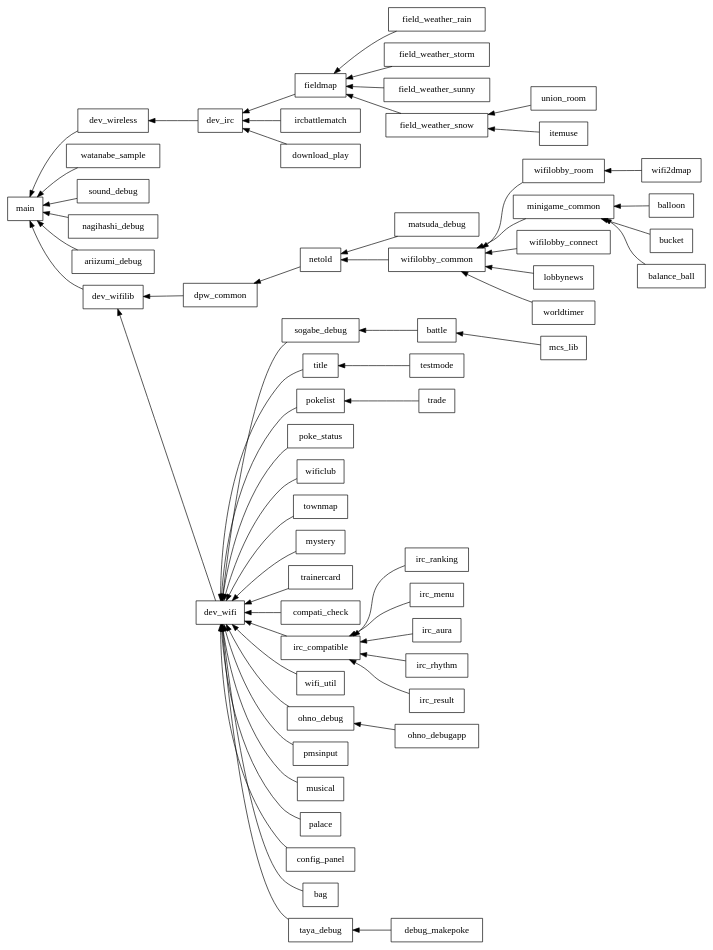
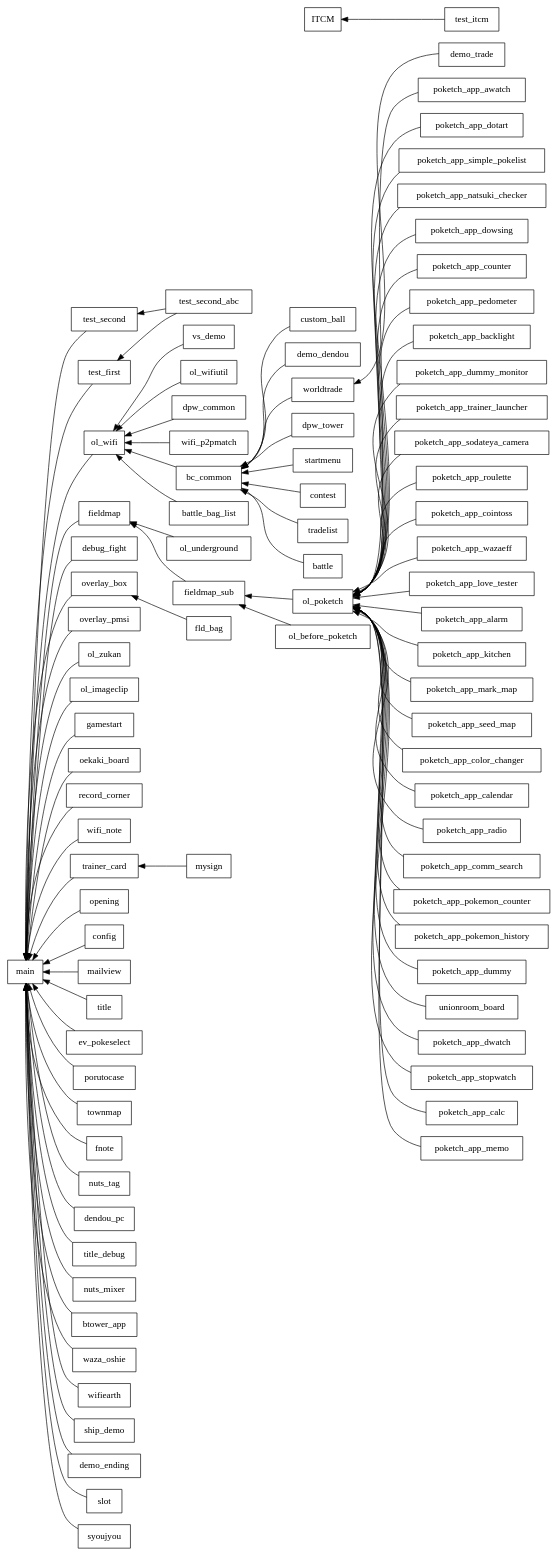
The diagram in tools/analyze/overlaymap/overlaymap.dot (e-minence/black_white), drawn with Graphviz before and after one commit. The commit also changed 14 other files, not shown here.

```diff
--- a/tools/analyze/overlaymap/overlaymap.dot
+++ b/tools/analyze/overlaymap/overlaymap.dot
@@ -1,64 +1,93 @@
 
 digraph G {
 	graph [rankdir = RL];
 	node [shape = box];
-	dev_wifilib->main;
-	dev_wireless->main;
-	watanabe_sample->main;
-	sound_debug->main;
-	nagihashi_debug->main;
-	ariizumi_debug->main;
-	dpw_common->dev_wifilib;
-	dev_wifi->dev_wifilib;
-	dev_irc->dev_wireless;
-	fieldmap->dev_irc;
-	ircbattlematch->dev_irc;
-	download_play->dev_irc;
-	field_weather_rain->fieldmap;
-	field_weather_storm->fieldmap;
-	field_weather_sunny->fieldmap;
-	field_weather_snow->fieldmap;
-	union_room->field_weather_snow;
-	itemuse->field_weather_snow;
-	netold->dpw_common;
-	sogabe_debug->dev_wifi;
-	title->dev_wifi;
-	pokelist->dev_wifi;
-	poke_status->dev_wifi;
-	wificlub->dev_wifi;
-	townmap->dev_wifi;
-	mystery->dev_wifi;
-	trainercard->dev_wifi;
-	compati_check->dev_wifi;
-	irc_compatible->dev_wifi;
-	wifi_util->dev_wifi;
-	ohno_debug->dev_wifi;
-	pmsinput->dev_wifi;
-	musical->dev_wifi;
-	palace->dev_wifi;
-	config_panel->dev_wifi;
-	bag->dev_wifi;
-	taya_debug->dev_wifi;
-	matsuda_debug->netold;
-	wifilobby_common->netold;
-	battle->sogabe_debug;
-	testmode->title;
-	trade->pokelist;
-	irc_ranking->irc_compatible;
-	irc_menu->irc_compatible;
-	irc_aura->irc_compatible;
-	irc_rhythm->irc_compatible;
-	irc_result->irc_compatible;
-	ohno_debugapp->ohno_debug;
-	debug_makepoke->taya_debug;
-	mcs_lib->battle;
-	wifilobby_room->wifilobby_common;
-	minigame_common->wifilobby_common;
-	wifilobby_connect->wifilobby_common;
-	lobbynews->wifilobby_common;
-	worldtimer->wifilobby_common;
-	wifi2dmap->wifilobby_room;
-	balloon->minigame_common;
-	bucket->minigame_common;
-	balance_ball->minigame_common;
+	test_second->main;
+	test_first->main;
+	ol_wifi->main;
+	fieldmap->main;
+	debug_fight->main;
+	overlay_box->main;
+	overlay_pmsi->main;
+	ol_zukan->main;
+	ol_imageclip->main;
+	gamestart->main;
+	oekaki_board->main;
+	record_corner->main;
+	wifi_note->main;
+	trainer_card->main;
+	opening->main;
+	config->main;
+	mailview->main;
+	title->main;
+	ev_pokeselect->main;
+	porutocase->main;
+	townmap->main;
+	fnote->main;
+	nuts_tag->main;
+	dendou_pc->main;
+	title_debug->main;
+	nuts_mixer->main;
+	btower_app->main;
+	waza_oshie->main;
+	wifiearth->main;
+	ship_demo->main;
+	demo_ending->main;
+	slot->main;
+	syoujyou->main;
+	test_itcm->ITCM;
+	test_second_abc->test_second;
+	test_second_abc->test_first;
+	vs_demo->ol_wifi;
+	ol_wifiutil->ol_wifi;
+	dpw_common->ol_wifi;
+	wifi_p2pmatch->ol_wifi;
+	bc_common->ol_wifi;
+	battle_bag_list->ol_wifi;
+	ol_underground->fieldmap;
+	fieldmap_sub->fieldmap;
+	fld_bag->overlay_box;
+	mysign->trainer_card;
+	custom_ball->bc_common;
+	demo_dendou->bc_common;
+	worldtrade->bc_common;
+	dpw_tower->bc_common;
+	startmenu->bc_common;
+	contest->bc_common;
+	tradelist->bc_common;
+	battle->bc_common;
+	demo_trade->worldtrade;
+	ol_poketch->fieldmap_sub;
+	ol_before_poketch->fieldmap_sub;
+	poketch_app_awatch->ol_poketch;
+	poketch_app_dotart->ol_poketch;
+	poketch_app_simple_pokelist->ol_poketch;
+	poketch_app_natsuki_checker->ol_poketch;
+	poketch_app_dowsing->ol_poketch;
+	poketch_app_counter->ol_poketch;
+	poketch_app_pedometer->ol_poketch;
+	poketch_app_backlight->ol_poketch;
+	poketch_app_dummy_monitor->ol_poketch;
+	poketch_app_trainer_launcher->ol_poketch;
+	poketch_app_sodateya_camera->ol_poketch;
+	poketch_app_roulette->ol_poketch;
+	poketch_app_cointoss->ol_poketch;
+	poketch_app_wazaeff->ol_poketch;
+	poketch_app_love_tester->ol_poketch;
+	poketch_app_alarm->ol_poketch;
+	poketch_app_kitchen->ol_poketch;
+	poketch_app_mark_map->ol_poketch;
+	poketch_app_seed_map->ol_poketch;
+	poketch_app_color_changer->ol_poketch;
+	poketch_app_calendar->ol_poketch;
+	poketch_app_radio->ol_poketch;
+	poketch_app_comm_search->ol_poketch;
+	poketch_app_pokemon_counter->ol_poketch;
+	poketch_app_pokemon_history->ol_poketch;
+	poketch_app_dummy->ol_poketch;
+	unionroom_board->ol_poketch;
+	poketch_app_dwatch->ol_poketch;
+	poketch_app_stopwatch->ol_poketch;
+	poketch_app_calc->ol_poketch;
+	poketch_app_memo->ol_poketch;
 }
```
